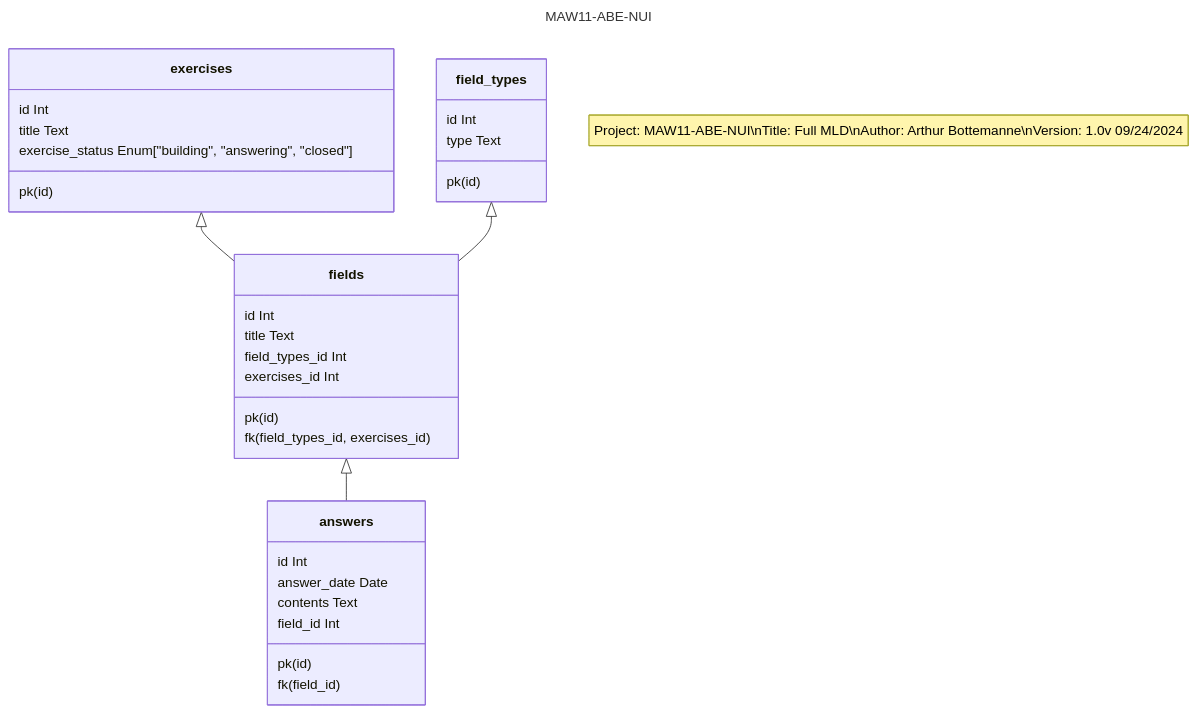
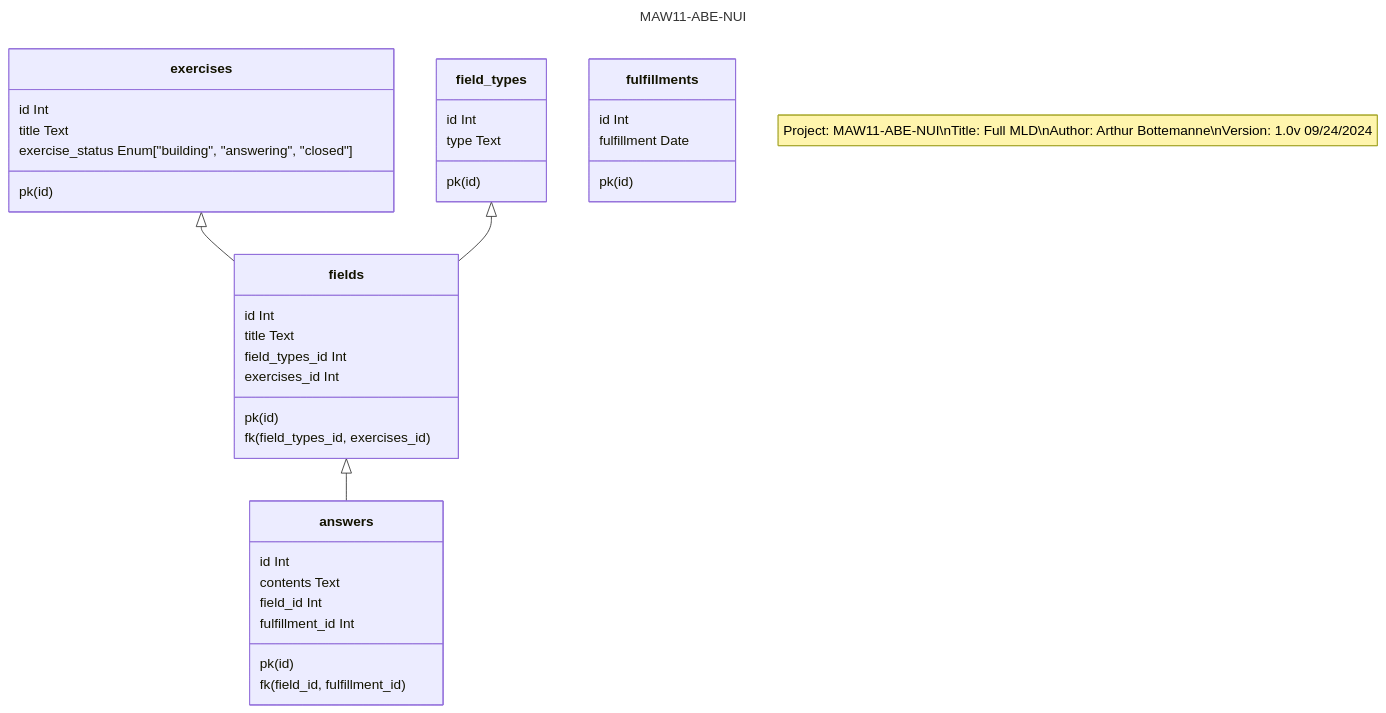
One commit to CPNV-ES/MAW11-ABE-NUI changed the diagram in doc/MLD.md. Above: the diagram before and after it, drawn with Mermaid. The commit also changed 1 other file, not shown here.

Commit message:
fix: update LDM and CDM

````diff
--- a/doc/MLD.md
+++ b/doc/MLD.md
@@ -1,37 +1,42 @@
 ```mermaid
 ---
 title: MAW11-ABE-NUI
 ---
 classDiagram
     note "Project: MAW11-ABE-NUI\nTitle: Full MLD\nAuthor: Arthur Bottemanne\nVersion: 1.0v 09/24/2024"
     exercises <|-- fields
     field_types <|-- fields
     fields <|-- answers
     class exercises{
         pk(id)
         id Int
         title Text
         exercise_status Enum["building", "answering", "closed"]
     }
     class fields {
         pk(id)
         fk(field_types_id, exercises_id)
         id Int
         title Text
         field_types_id Int
         exercises_id Int
     }
     class field_types {
         pk(id)
         id Int
         type Text
     }
     class answers {
         pk(id)
-        fk(field_id)
+        fk(field_id, fulfillment_id)
         id Int
-        answer_date Date
         contents Text
         field_id Int
+        fulfillment_id Int
+    }
+    class fulfillments {
+        pk(id)
+        id Int
+        fulfillment Date
     }
 ```
````
